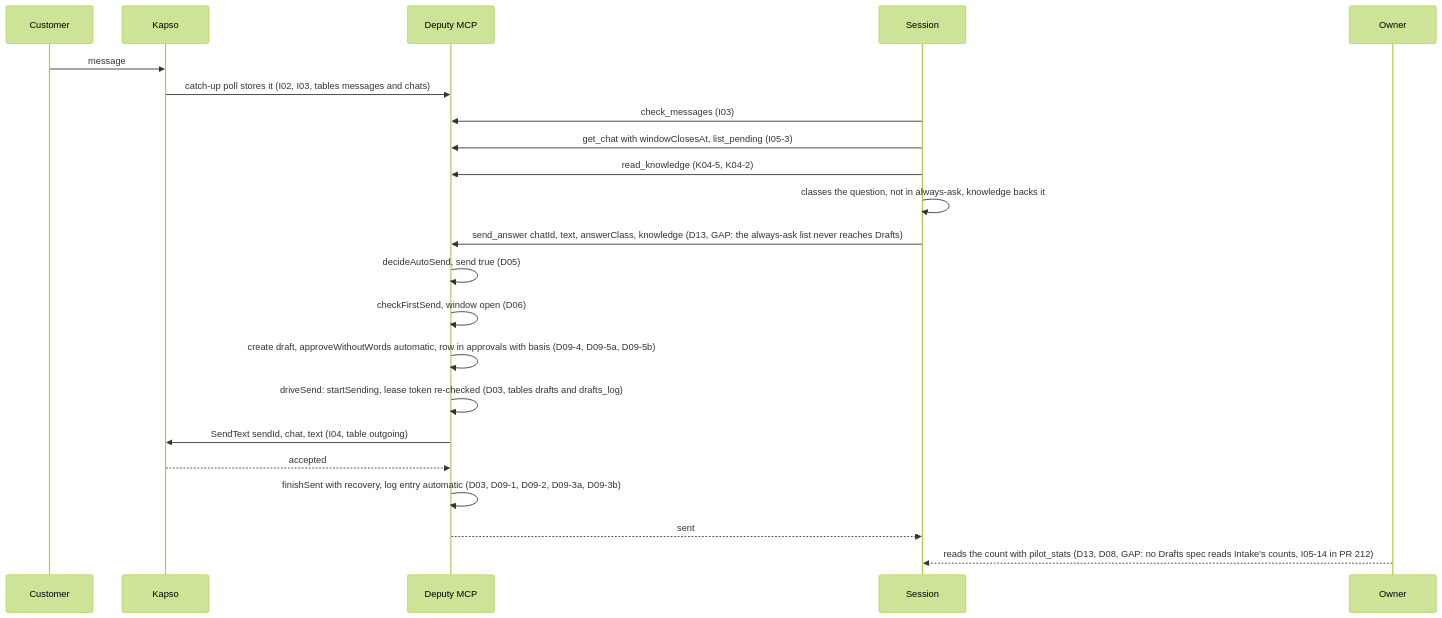
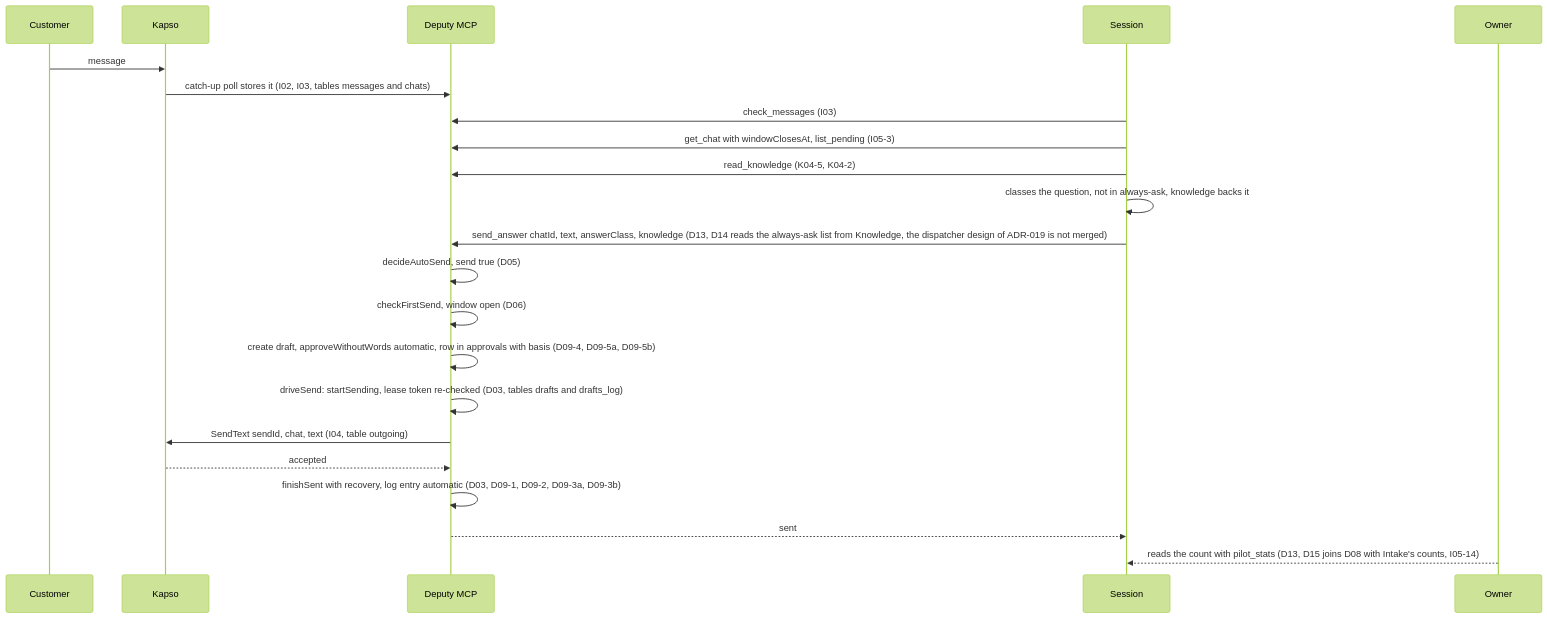
The fourth of 15 diagrams in docs/tp-detail/TP-pilot-end-to-end.md (antonygiomarxdev/deputy), drawn with Mermaid (forest theme) before and after one commit. The commit also changed other lines of this file, not shown here.

Commit message:
docs: drop the GAP marks that merged specs closed

````diff
--- a/docs/tp-detail/TP-pilot-end-to-end.md
+++ b/docs/tp-detail/TP-pilot-end-to-end.md
@@ -114,24 +114,24 @@
 ```mermaid
 sequenceDiagram
   participant C as Customer
   participant K as Kapso
   participant M as Deputy MCP
   participant S as Session
   participant O as Owner
   C->>K: message
   K->>M: catch-up poll stores it (I02, I03, tables messages and chats)
   S->>M: check_messages (I03)
   S->>M: get_chat with windowClosesAt, list_pending (I05-3)
   S->>M: read_knowledge (K04-5, K04-2)
   S->>S: classes the question, not in always-ask, knowledge backs it
-  S->>M: send_answer chatId, text, answerClass, knowledge (D13, GAP: the always-ask list never reaches Drafts)
+  S->>M: send_answer chatId, text, answerClass, knowledge (D13, D14 reads the always-ask list from Knowledge, the dispatcher design of ADR-019 is not merged)
   M->>M: decideAutoSend, send true (D05)
   M->>M: checkFirstSend, window open (D06)
   M->>M: create draft, approveWithoutWords automatic, row in approvals with basis (D09-4, D09-5a, D09-5b)
   M->>M: driveSend: startSending, lease token re-checked (D03, tables drafts and drafts_log)
   M->>K: SendText sendId, chat, text (I04, table outgoing)
   K-->>M: accepted
   M->>M: finishSent with recovery, log entry automatic (D03, D09-1, D09-2, D09-3a, D09-3b)
   M-->>S: sent
-  O-->>S: reads the count with pilot_stats (D13, D08, GAP: no Drafts spec reads Intake's counts, I05-14 in PR 212)
+  O-->>S: reads the count with pilot_stats (D13, D15 joins D08 with Intake's counts, I05-14)
 ```
````
